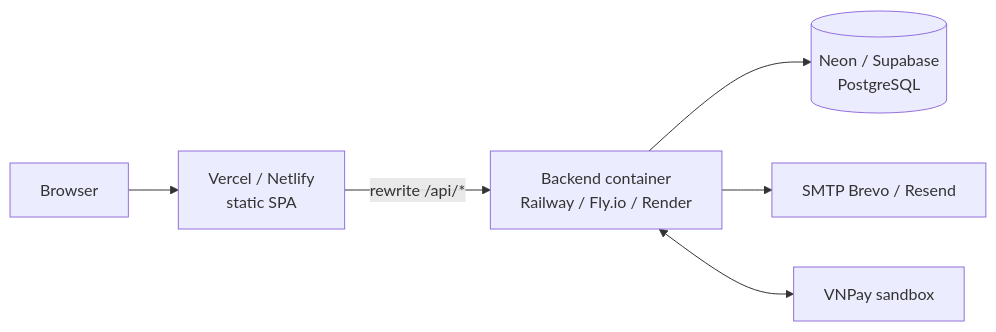
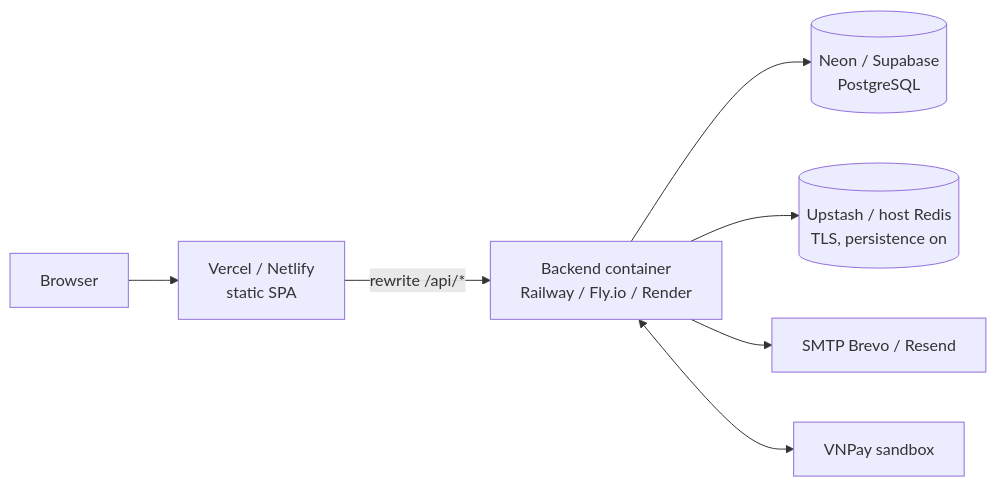
The eighth of 8 diagrams in docs/ARCHITECTURE.md (pnn-re1506/cinebot---Cinema-Booking-with-Chatbot), drawn with Mermaid before and after one commit. The commit also changed other lines of this file and 12 other files, not shown here.

````diff
--- a/docs/ARCHITECTURE.md
+++ b/docs/ARCHITECTURE.md
@@ -617,8 +694,9 @@
 ```mermaid
 flowchart LR
     B[Browser] --> V[Vercel / Netlify<br/>static SPA]
     V -- "rewrite /api/*" --> A[Backend container<br/>Railway / Fly.io / Render]
     A --> P[(Neon / Supabase<br/>PostgreSQL)]
+    A --> R[(Upstash / host Redis<br/>TLS, persistence on)]
     A --> M[SMTP Brevo / Resend]
     A <--> N[VNPay sandbox]
 ```
````
